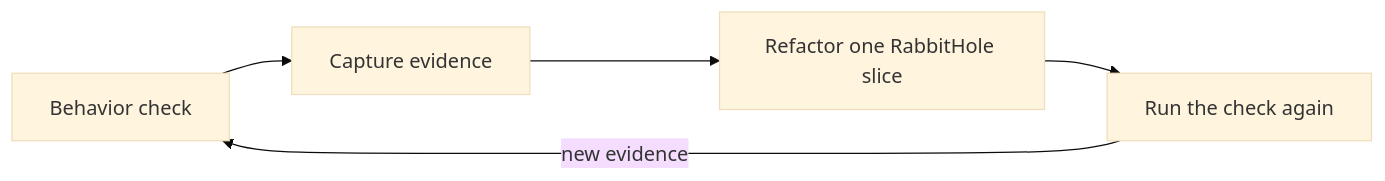
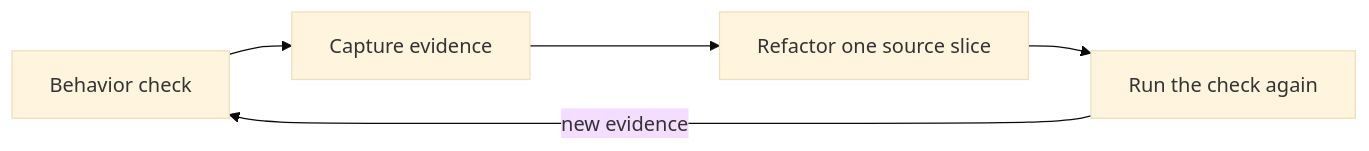
One commit to rysweet/drinkme changed the first of 5 diagrams in README.md. Above: the diagram before and after it, drawn with Mermaid (base theme). The commit also changed other lines of this file and 5 other files, not shown here.

````diff
--- a/README.md
+++ b/README.md
@@ -21,5 +25,5 @@
 ```mermaid
 flowchart LR
-  Check["Behavior check"] --> Evidence["Capture evidence"] --> Refactor["Refactor one RabbitHole slice"] --> Repeat["Run the check again"]
+  Check["Behavior check"] --> Evidence["Capture evidence"] --> Refactor["Refactor one source slice"] --> Repeat["Run the check again"]
   Repeat -->|new evidence| Check
 ```
````
